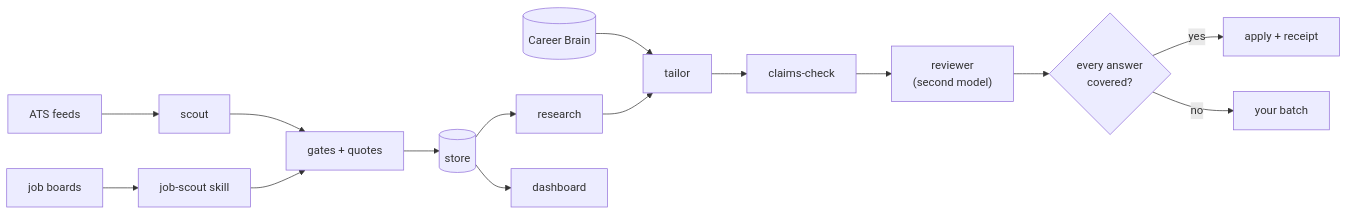
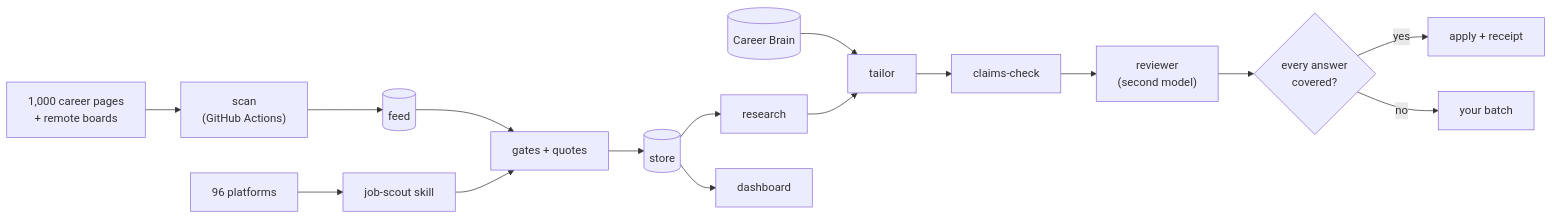
One commit to VishStack01/careeros changed the diagram in README.md. Above: the diagram before and after it, drawn with Mermaid. The commit also changed other lines of this file and 39 other files, not shown here.

First line of the commit message:
India feed: 1,085 career pages, 8 hiring systems, 9 remote boards, 96-platform registry

````diff
--- a/README.md
+++ b/README.md
@@ -61,11 +72,11 @@
 ```mermaid
 flowchart LR
-  ATS["ATS feeds"] --> Scout["scout"] --> Gates["gates + quotes"] --> Store[("store")]
-  Boards["job boards"] --> Agent["job-scout skill"] --> Gates
+  ATS["1,000 career pages<br/>+ remote boards"] --> Scan["scan<br/>(GitHub Actions)"] --> Feed[("feed")] --> Gates["gates + quotes"] --> Store[("store")]
+  Boards["96 platforms"] --> Agent["job-scout skill"] --> Gates
   Brain[("Career Brain")] --> Tailor["tailor"]
   Store --> Research["research"] --> Tailor --> Claims["claims-check"] --> Review["reviewer<br/>(second model)"]
   Review --> Apply{"every answer<br/>covered?"}
   Apply -- yes --> Submit["apply + receipt"]
   Apply -- no --> You["your batch"]
   Store --> Dash["dashboard"]
 ```
````
